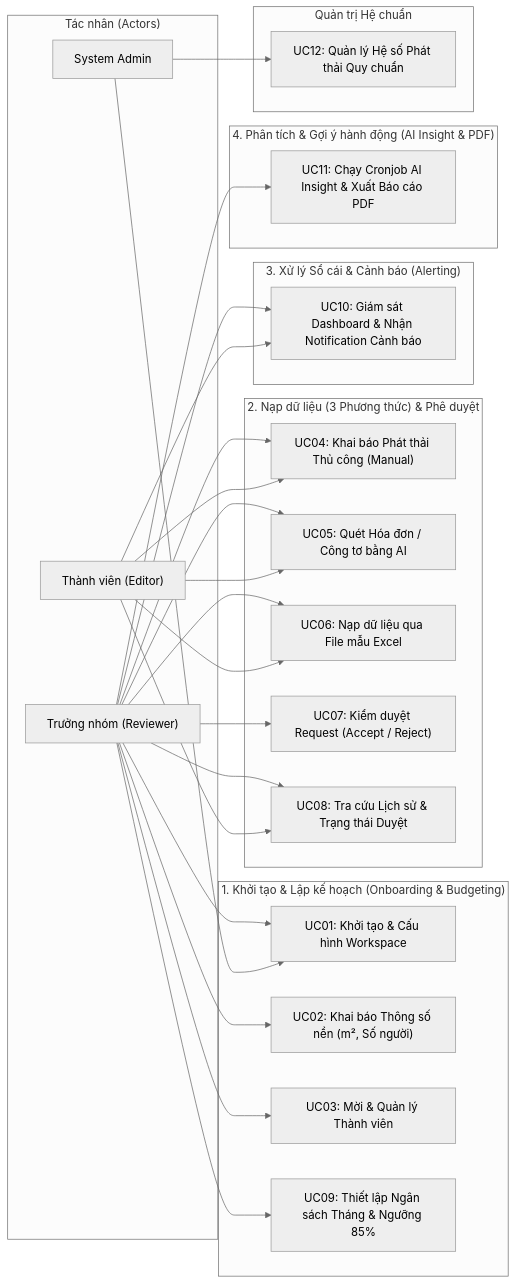
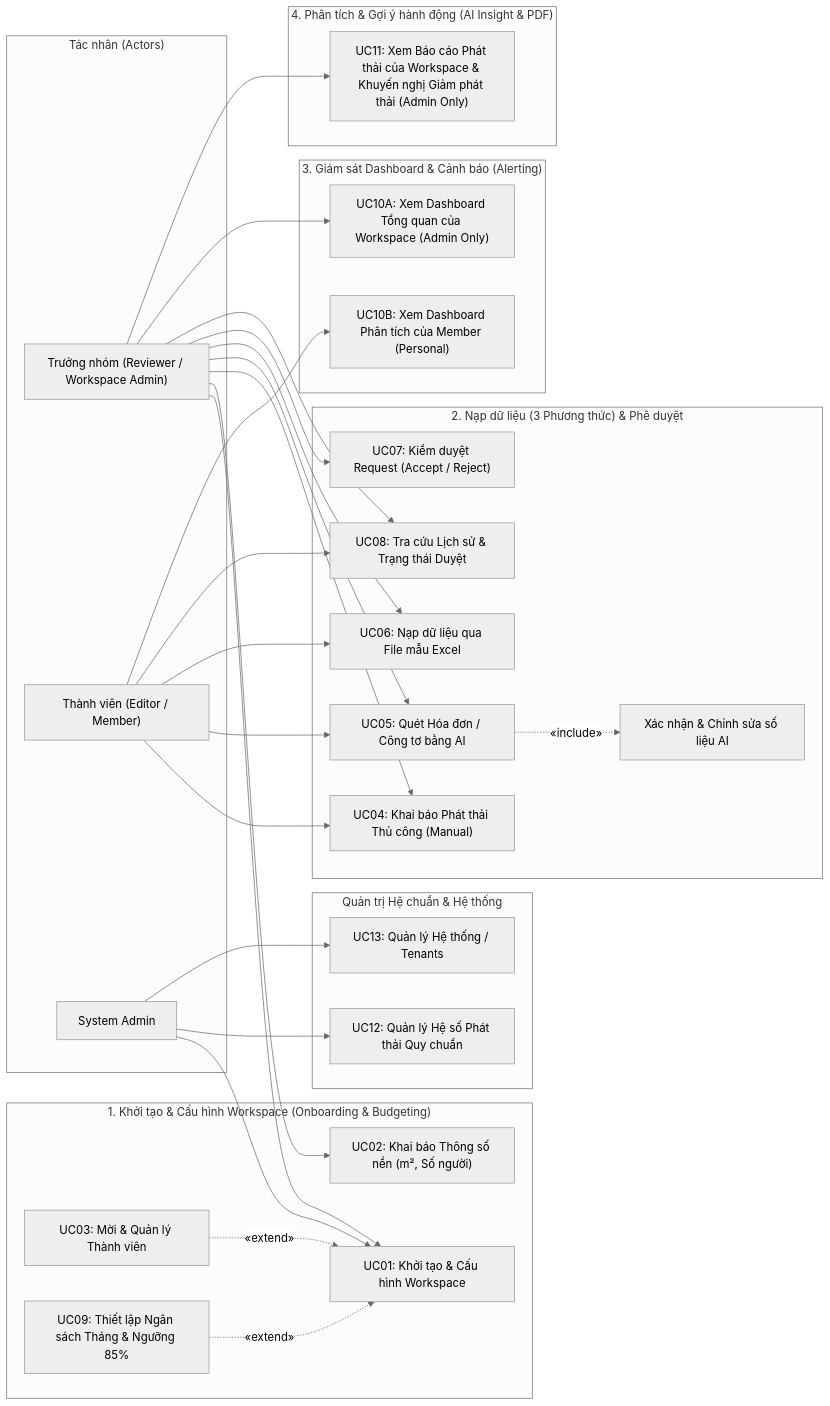
The diagram in docs/03-use-cases.md (DatTienNguyenn/PMDC-BATCH4-DATNT250), drawn with Mermaid (neutral theme) before and after one commit. The commit also changed other lines of this file and 4 other files, not shown here.

First line of the commit message:
docs(ucd): update use case diagram and permissions for admin and member roles

````diff
--- a/docs/03-use-cases.md
+++ b/docs/03-use-cases.md
@@ -29,59 +34,64 @@
 ```mermaid
 flowchart LR
     subgraph Actors["Tác nhân (Actors)"]
-        Reviewer["Trưởng nhóm (Reviewer)"]
-        Editor["Thành viên (Editor)"]
+        Reviewer["Trưởng nhóm (Reviewer / Workspace Admin)"]
+        Editor["Thành viên (Editor / Member)"]
         SysAdmin["System Admin"]
     end
 
-    subgraph Flow1Scope["1. Khởi tạo & Lập kế hoạch (Onboarding & Budgeting)"]
+    subgraph Flow1Scope["1. Khởi tạo & Cấu hình Workspace (Onboarding & Budgeting)"]
         UC01["UC01: Khởi tạo & Cấu hình Workspace"]
         UC02["UC02: Khai báo Thông số nền (m², Số người)"]
         UC03["UC03: Mời & Quản lý Thành viên"]
         UC09["UC09: Thiết lập Ngân sách Tháng & Ngưỡng 85%"]
+        UC03 -.->|«extend»| UC01
+        UC09 -.->|«extend»| UC01
     end
 
     subgraph Flow2Scope["2. Nạp dữ liệu (3 Phương thức) & Phê duyệt"]
         UC04["UC04: Khai báo Phát thải Thủ công (Manual)"]
         UC05["UC05: Quét Hóa đơn / Công tơ bằng AI"]
         UC06["UC06: Nạp dữ liệu qua File mẫu Excel"]
+        UC05_INC["Xác nhận & Chỉnh sửa số liệu AI"]
+        UC05 -.->|«include»| UC05_INC
         UC07["UC07: Kiểm duyệt Request (Accept / Reject)"]
         UC08["UC08: Tra cứu Lịch sử & Trạng thái Duyệt"]
     end
 
-    subgraph Flow3Scope["3. Xử lý Sổ cái & Cảnh báo (Alerting)"]
-        UC10["UC10: Giám sát Dashboard & Nhận Notification Cảnh báo"]
+    subgraph Flow3Scope["3. Giám sát Dashboard & Cảnh báo (Alerting)"]
+        UC10_WS["UC10A: Xem Dashboard Tổng quan của Workspace (Admin Only)"]
+        UC10_MEM["UC10B: Xem Dashboard Phân tích của Member (Personal)"]
     end
 
     subgraph Flow4Scope["4. Phân tích & Gợi ý hành động (AI Insight & PDF)"]
-        UC11["UC11: Chạy Cronjob AI Insight & Xuất Báo cáo PDF"]
+        UC11["UC11: Xem Báo cáo Phát thải của Workspace & Khuyến nghị Giảm phát thải (Admin Only)"]
     end
 
-    subgraph SystemScope["Quản trị Hệ chuẩn"]
+    subgraph SystemScope["Quản trị Hệ chuẩn & Hệ thống"]
         UC12["UC12: Quản lý Hệ số Phát thải Quy chuẩn"]
+        UC13["UC13: Quản lý Hệ thống / Tenants"]
     end
 
     %% Reviewer
     Reviewer --> UC01
     Reviewer --> UC02
-    Reviewer --> UC03
     Reviewer --> UC04
     Reviewer --> UC05
     Reviewer --> UC06
     Reviewer --> UC07
     Reviewer --> UC08
-    Reviewer --> UC09
-    Reviewer --> UC10
+    Reviewer --> UC10_WS
     Reviewer --> UC11
 
     %% Editor
     Editor --> UC04
     Editor --> UC05
     Editor --> UC06
     Editor --> UC08
-    Editor --> UC10
+    Editor --> UC10_MEM
 
     %% System Admin
     SysAdmin --> UC01
     SysAdmin --> UC12
+    SysAdmin --> UC13
 ```
````
